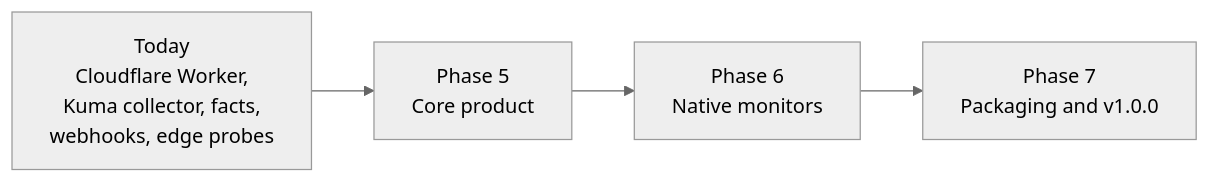
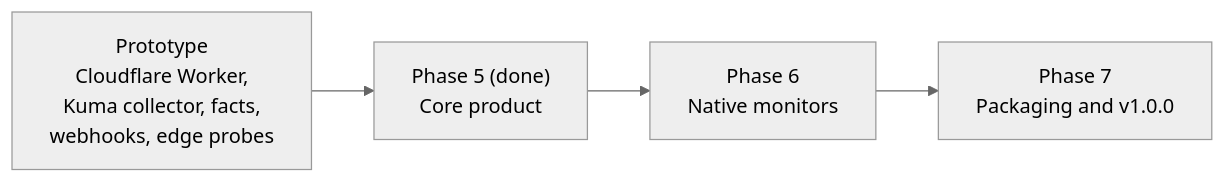
One commit to bts-io/uptellis changed the diagram in docs/roadmap.md. Above: the diagram before and after it, drawn with Mermaid (neutral theme). The commit also changed other lines of this file and 5 other files, not shown here.

````diff
--- a/docs/roadmap.md
+++ b/docs/roadmap.md
@@ -7,6 +7,6 @@
 ```mermaid
 flowchart LR
-  now["Today<br/>Cloudflare Worker,<br/>Kuma collector, facts,<br/>webhooks, edge probes"] --> p5["Phase 5<br/>Core product"]
+  now["Prototype<br/>Cloudflare Worker,<br/>Kuma collector, facts,<br/>webhooks, edge probes"] --> p5["Phase 5 (done)<br/>Core product"]
   p5 --> p6["Phase 6<br/>Native monitors"]
   p6 --> p7["Phase 7<br/>Packaging and v1.0.0"]
 ```
````
